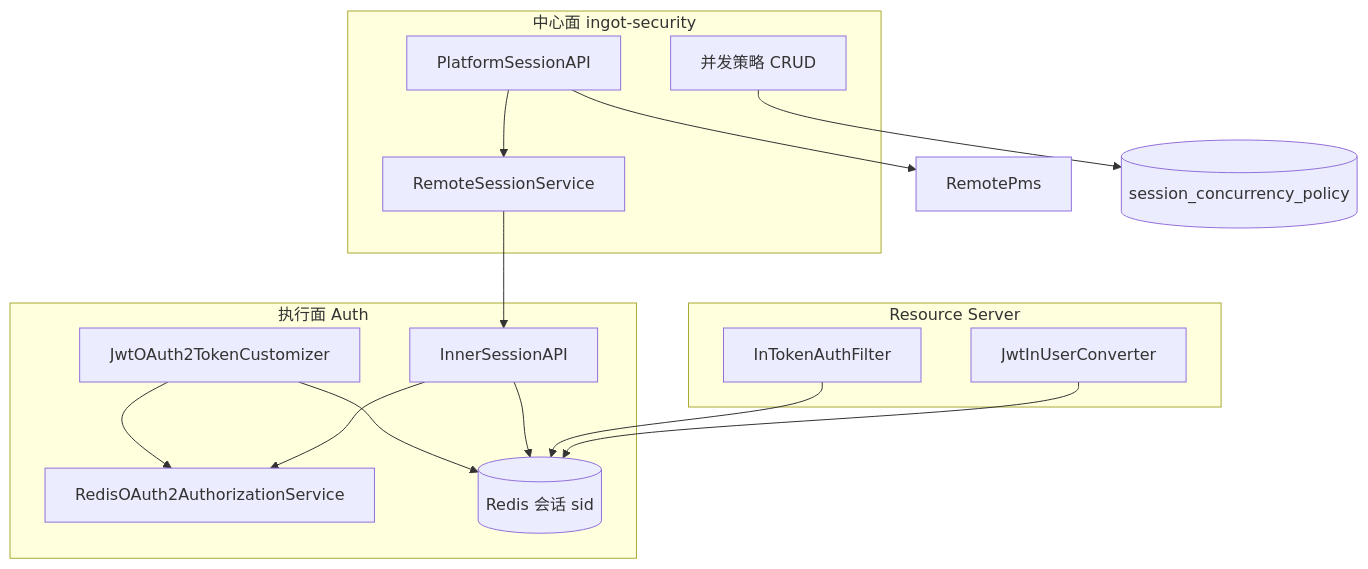
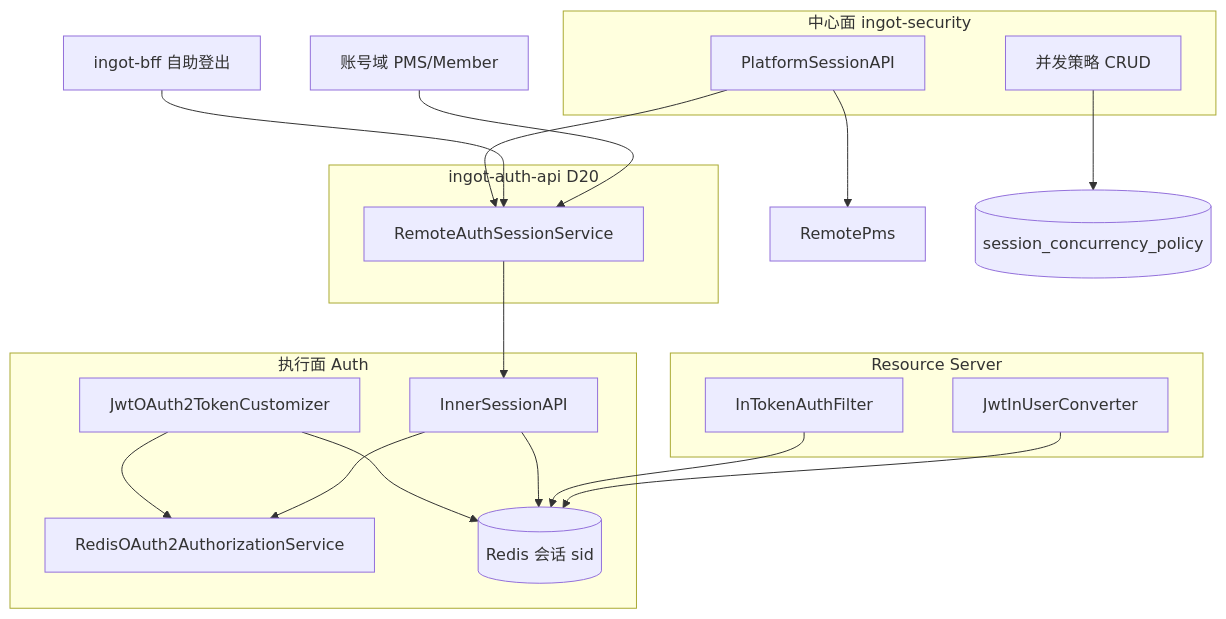
The first of 3 diagrams in specs/changes/active/20260817-security-session-safety/DESIGN.md (ingot-cloud/ingot), drawn with Mermaid before and after one commit. The commit also changed other lines of this file and 7 other files, not shown here.

````diff
--- a/specs/changes/active/20260817-security-session-safety/DESIGN.md
+++ b/specs/changes/active/20260817-security-session-safety/DESIGN.md
@@ -15,27 +16,34 @@
 ```mermaid
 flowchart TB
   subgraph exec [执行面 Auth]
     Customizer[JwtOAuth2TokenCustomizer]
     Authz[RedisOAuth2AuthorizationService]
     Sess[(Redis 会话 sid)]
     Inner[InnerSessionAPI]
   end
   subgraph rs [Resource Server]
     Filter[InTokenAuthFilter]
     Conv[JwtInUserConverter]
   end
   subgraph center [中心面 ingot-security]
     Platform[PlatformSessionAPI]
     PolicyAPI[并发策略 CRUD]
-    Feign[RemoteSessionService]
   end
+  subgraph api [ingot-auth-api D20]
+    Feign[RemoteAuthSessionService]
+  end
+  BFF[ingot-bff 自助登出]
+  Acct[账号域 PMS/Member]
   Customizer --> Sess
   Customizer --> Authz
   Inner --> Authz
   Inner --> Sess
-  Platform --> Feign --> Inner
+  Platform --> Feign
+  BFF --> Feign
+  Acct --> Feign
+  Feign --> Inner
   Platform --> PMS[RemotePms]
   Filter --> Sess
   Conv --> Sess
   PolicyAPI --> PolicyTable[(session_concurrency_policy)]
 ```
````
